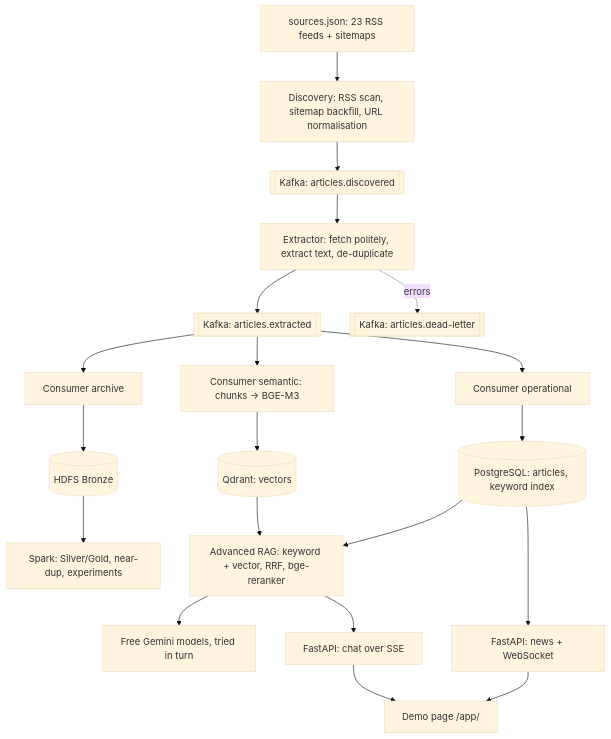
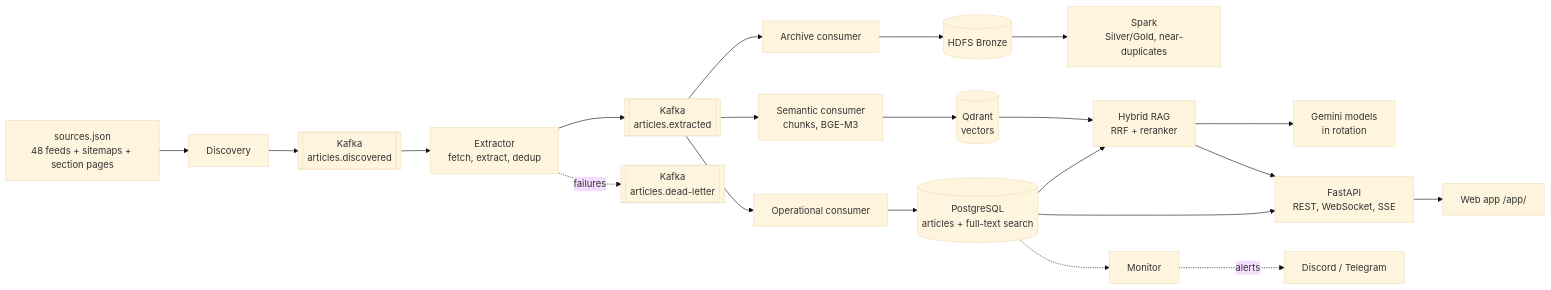
One commit to khoaaminh1/sportsbot_g4 changed the diagram in README.md. Above: the diagram before and after it, drawn with Mermaid (base theme). The commit also changed other lines of this file and 3 other files, not shown here.

````diff
--- a/README.md
+++ b/README.md
@@ -27,16 +29,17 @@
 ```mermaid
-flowchart TD
-  S[sources.json: 23 RSS feeds + sitemaps] --> D[Discovery: RSS scan, sitemap backfill, URL normalisation]
-  D --> K1[[Kafka: articles.discovered]]
-  K1 --> X[Extractor: fetch politely, extract text, de-duplicate]
-  X --> K2[[Kafka: articles.extracted]]
-  X -. errors .-> DL[[Kafka: articles.dead-letter]]
-  K2 --> CO[Consumer operational] --> PG[(PostgreSQL: articles, keyword index)]
-  K2 --> CS[Consumer semantic: chunks -> BGE-M3] --> QD[(Qdrant: vectors)]
-  K2 --> CA[Consumer archive] --> HD[(HDFS Bronze)] --> SP[Spark: Silver/Gold, near-dup, experiments]
-  PG & QD --> RAG[Advanced RAG: keyword + vector, RRF, bge-reranker]
-  RAG --> LLM[Free Gemini models, tried in turn]
-  PG --> N[FastAPI: news + WebSocket]
-  RAG --> C[FastAPI: chat over SSE]
-  N & C --> FE[Demo page /app/]
+flowchart LR
+  S[sources.json<br/>48 feeds + sitemaps + section pages] --> D[Discovery]
+  D --> K1[[Kafka<br/>articles.discovered]]
+  K1 --> X[Extractor<br/>fetch, extract, dedup]
+  X --> K2[[Kafka<br/>articles.extracted]]
+  X -. failures .-> DL[[Kafka<br/>articles.dead-letter]]
+  K2 --> CO[Operational consumer] --> PG[(PostgreSQL<br/>articles + full-text search)]
+  K2 --> CS[Semantic consumer<br/>chunks, BGE-M3] --> QD[(Qdrant<br/>vectors)]
+  K2 --> CA[Archive consumer] --> HD[(HDFS Bronze)] --> SP[Spark<br/>Silver/Gold, near-duplicates]
+  PG & QD --> RAG[Hybrid RAG<br/>RRF + reranker]
+  RAG --> LLM[Gemini models<br/>in rotation]
+  PG --> API[FastAPI<br/>REST, WebSocket, SSE]
+  RAG --> API
+  API --> UI[Web app /app/]
+  PG -.-> M[Monitor] -. alerts .-> AL[Discord / Telegram]
 ```
````
